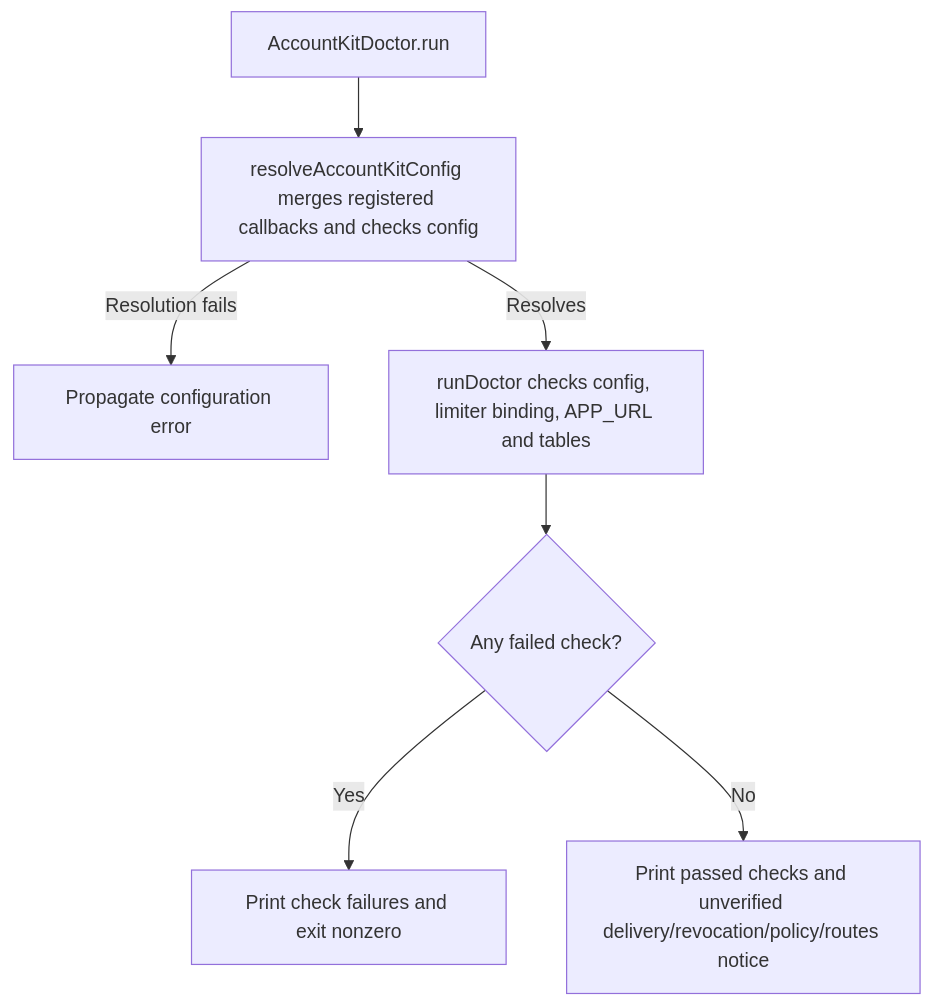
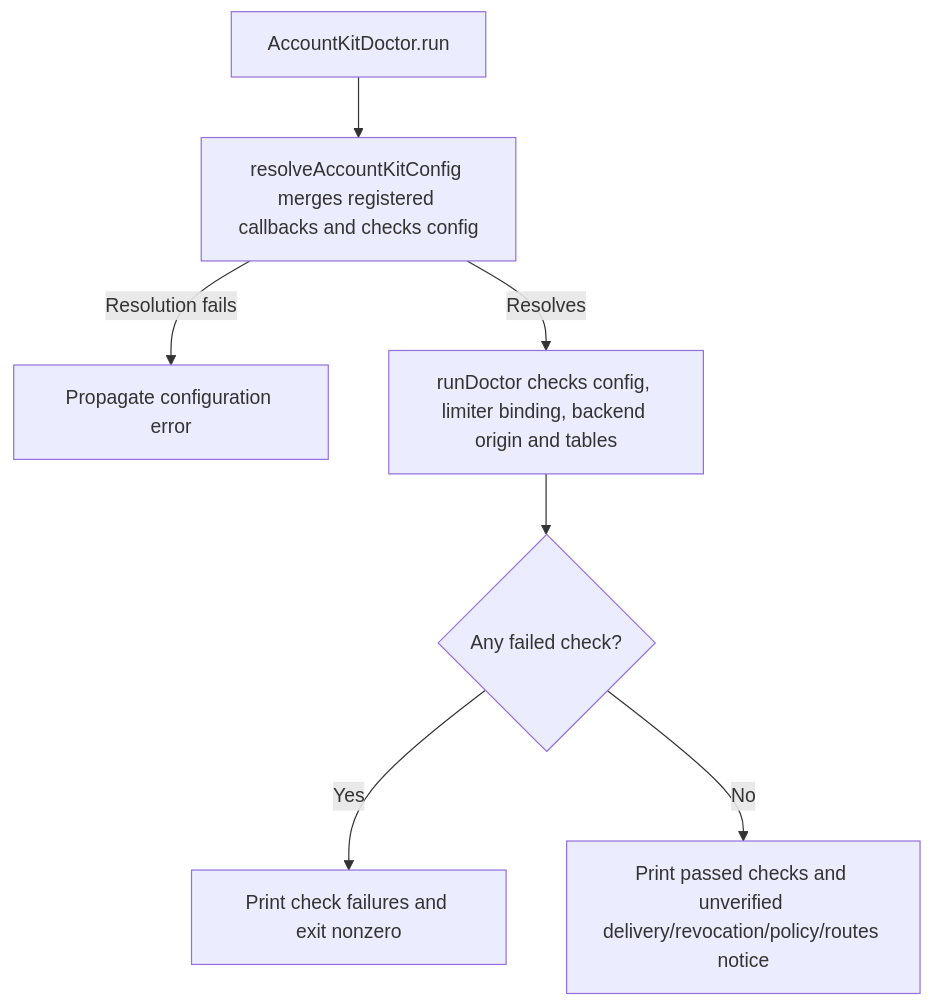
The second of 2 diagrams in user-stories/US-ACCOUNT-32-diagnose-account-kit.md (Kevinjohn/oss-adonisjs-account-kit), drawn with Mermaid before and after one commit. The commit also changed other lines of this file and 42 other files, not shown here.

````diff
--- a/user-stories/US-ACCOUNT-32-diagnose-account-kit.md
+++ b/user-stories/US-ACCOUNT-32-diagnose-account-kit.md
@@ -30,9 +30,9 @@
 ```mermaid
 flowchart TD
  A["AccountKitDoctor.run"] --> R["resolveAccountKitConfig merges registered callbacks and checks config"]
  R -->|Resolution fails| F["Propagate configuration error"]
- R -->|Resolves| B["runDoctor checks config, limiter binding, APP_URL and tables"]
+ R -->|Resolves| B["runDoctor checks config, limiter binding, backend origin and tables"]
  B --> C{"Any failed check?"}
  C -->|Yes| D["Print check failures and exit nonzero"]
  C -->|No| E["Print passed checks and unverified delivery/revocation/policy/routes notice"]
 ```
````
